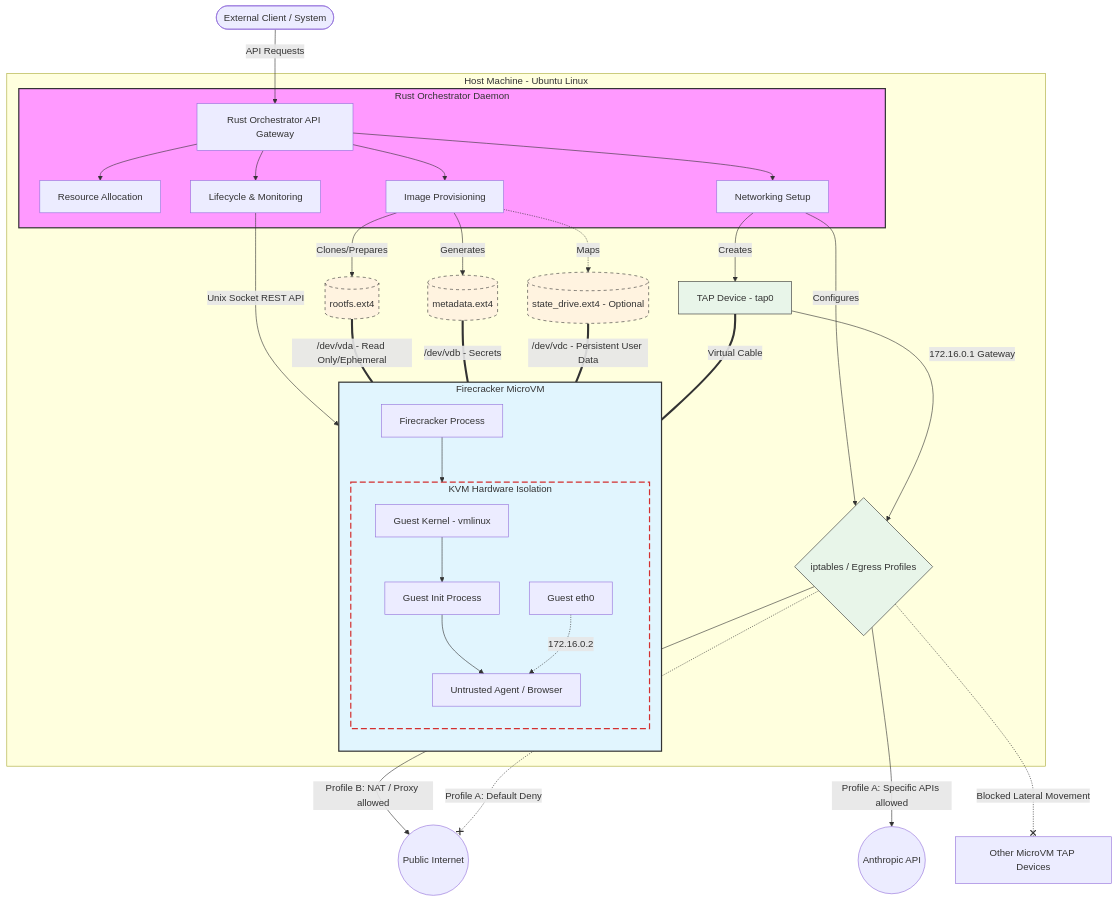
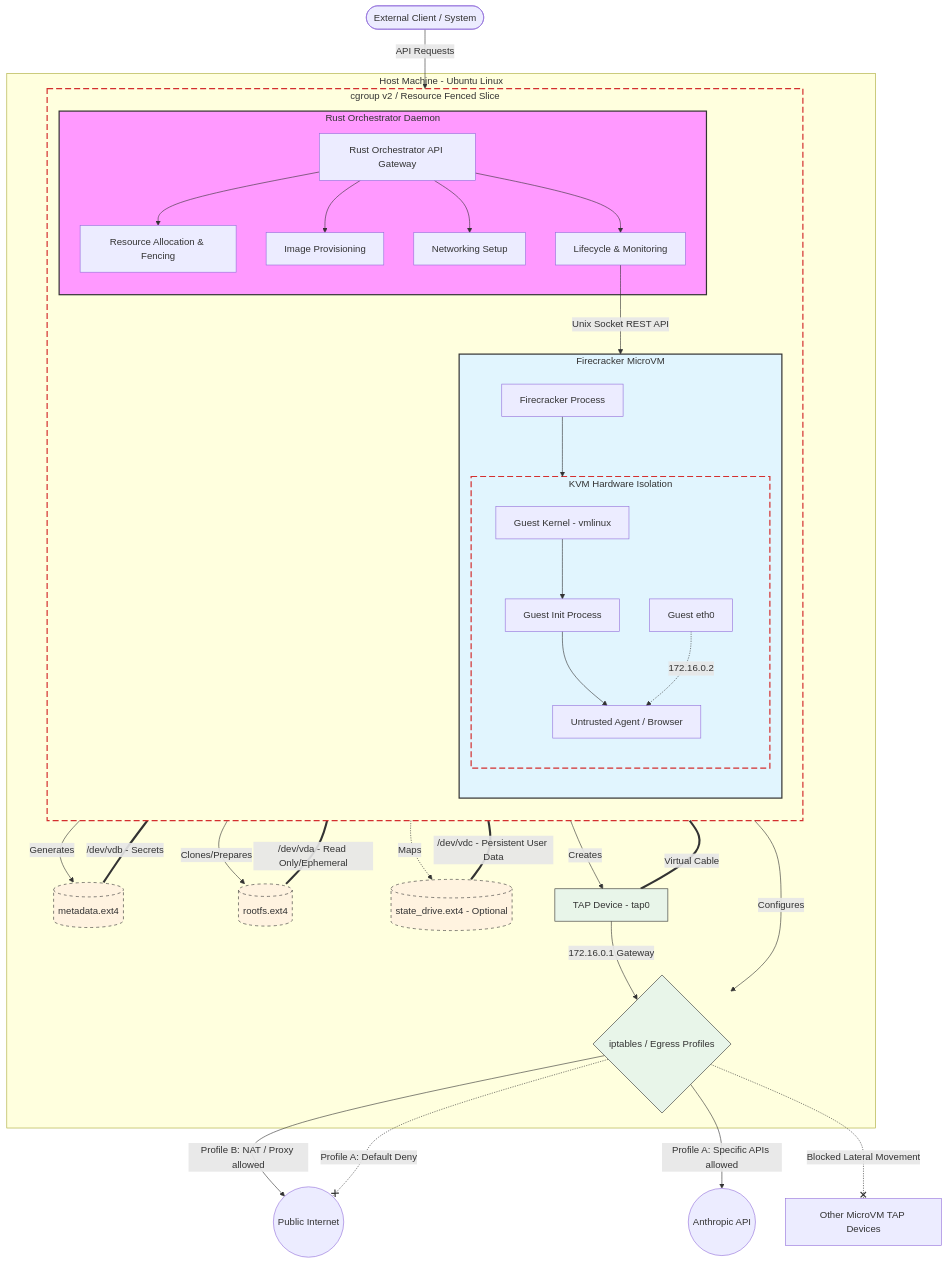
Before and after one commit to grahaml/microvisor: the diagram in docs/001-diagram.mmd, drawn with Mermaid. The commit also changed 2 other files, not shown here.

Commit message:
docs: add host resource fencing constraint and update architecture diagram

```diff
--- a/docs/001-diagram.mmd
+++ b/docs/001-diagram.mmd
@@ -1,83 +1,89 @@
 graph TD
     %% Define Styles
     classDef orchestrator fill:#f9f,stroke:#333,stroke-width:2px;
     classDef vm fill:#e1f5fe,stroke:#333,stroke-width:2px;
     classDef storage fill:#fff3e0,stroke:#333,stroke-width:1px,stroke-dasharray: 5 5;
     classDef network fill:#e8f5e9,stroke:#333,stroke-width:1px;
     classDef boundary fill:none,stroke:#d32f2f,stroke-width:2px,stroke-dasharray: 10 5;
 
     %% External Interfaces
     Client([External Client / System]) -->|API Requests| API[Rust Orchestrator API Gateway]
     Internet((Public Internet))
 
     %% Host Machine Environment
     subgraph Host[Host Machine - Ubuntu Linux]
-        %% Control Plane
-        subgraph ControlPlane[Rust Orchestrator Daemon]
-            API
-            ResourceAlloc[Resource Allocation]
-            ImageProv[Image Provisioning]
-            NetSetup[Networking Setup]
-            Monitor[Lifecycle & Monitoring]
-            
-            API --> ResourceAlloc
-            API --> ImageProv
-            API --> NetSetup
-            API --> Monitor
+        
+        %% Resource Fencing
+        subgraph CGroup[cgroup v2 / Resource Fenced Slice]
+            direction TB
+            %% Control Plane
+            subgraph ControlPlane[Rust Orchestrator Daemon]
+                API
+                ResourceAlloc[Resource Allocation & Fencing]
+                ImageProv[Image Provisioning]
+                NetSetup[Networking Setup]
+                Monitor[Lifecycle & Monitoring]
+                
+                API --> ResourceAlloc
+                API --> ImageProv
+                API --> NetSetup
+                API --> Monitor
+            end
+            class ControlPlane orchestrator
+
+            %% MicroVM Boundary
+            subgraph MicroVM[Firecracker MicroVM]
+                direction TB
+                FCBinary[Firecracker Process]
+                
+                %% REST API Interaction
+                Monitor -->|Unix Socket REST API| FCBinary
+                
+                %% VM Internals
+                subgraph KVM[KVM Hardware Isolation]
+                    Kernel[Guest Kernel - vmlinux]
+                    GuestInit[Guest Init Process]
+                    Agent[Untrusted Agent / Browser]
+                    GuestEth[Guest eth0]
+                    
+                    Kernel --> GuestInit
+                    GuestInit --> Agent
+                    GuestEth -.->|172.16.0.2| Agent
+                end
+                
+                FCBinary --> KVM
+            end
+            class MicroVM vm
+            class KVM boundary
         end
-        class ControlPlane orchestrator
+        class CGroup boundary
 
         %% Storage Provisioning
         ImageProv -->|Generates| MetaDrive[(metadata.ext4)]
         ImageProv -->|Clones/Prepares| RootFS[(rootfs.ext4)]
         ImageProv -.->|Maps| StateDrive[(state_drive.ext4 - Optional)]
         
         class MetaDrive,RootFS,StateDrive storage
 
         %% Network Provisioning
         NetSetup -->|Creates| TapDev[TAP Device - tap0]
         NetSetup -->|Configures| IPTables{iptables / Egress Profiles}
         
         class TapDev,IPTables network
-
-        %% MicroVM Boundary
-        subgraph MicroVM[Firecracker MicroVM]
-            direction TB
-            FCBinary[Firecracker Process]
-            
-            %% REST API Interaction
-            Monitor -->|Unix Socket REST API| FCBinary
-            
-            %% VM Internals
-            subgraph KVM[KVM Hardware Isolation]
-                Kernel[Guest Kernel - vmlinux]
-                GuestInit[Guest Init Process]
-                Agent[Untrusted Agent / Browser]
-                GuestEth[Guest eth0]
-                
-                Kernel --> GuestInit
-                GuestInit --> Agent
-                GuestEth -.->|172.16.0.2| Agent
-            end
-            
-            FCBinary --> KVM
-        end
-        class MicroVM vm
-        class KVM boundary
 
         %% Connections between Host and Guest
         RootFS ===|/dev/vda - Read Only/Ephemeral| FCBinary
         MetaDrive ===|/dev/vdb - Secrets| FCBinary
         StateDrive ===|/dev/vdc - Persistent User Data| FCBinary
         
         TapDev ===|Virtual Cable| GuestEth
         TapDev -->|172.16.0.1 Gateway| IPTables
     end
 
     %% Egress Routing
     IPTables -->|Profile B: NAT / Proxy allowed| Internet
     IPTables -.-x|Profile A: Default Deny| Internet
     IPTables -->|Profile A: Specific APIs allowed| API_Endpoint((Anthropic API))
 
     %% Lateral Movement Block
     IPTables -.-x|Blocked Lateral Movement| OtherVMs[Other MicroVM TAP Devices]
```
